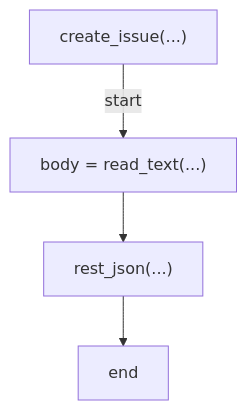
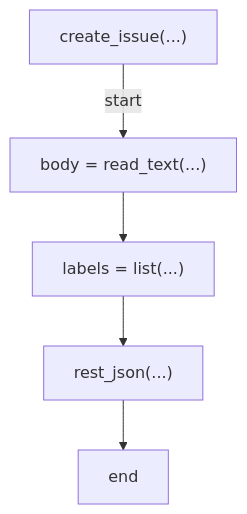
One commit to tvna/claude-md changed diagram 12 of 25 in docs/generated/scripts/ast/branch_cleanup.md. Above: the diagram before and after it, drawn with Mermaid. The commit also changed other lines of this file and 4 other files, not shown here.

First line of the commit message:
docs(generated): regenerate decision tree and workflow diagrams

````diff
--- a/docs/generated/scripts/ast/branch_cleanup.md
+++ b/docs/generated/scripts/ast/branch_cleanup.md
@@ -166,10 +166,12 @@
 ```mermaid
 flowchart TD
     N001["create_issue(...)"]
     N002["body = read_text(...)"]
-    N003["rest_json(...)"]
-    N004["end"]
+    N003["labels = list(...)"]
+    N004["rest_json(...)"]
+    N005["end"]
     N001 -->|"start"| N002
     N002 --> N003
     N003 --> N004
+    N004 --> N005
 ```
````
